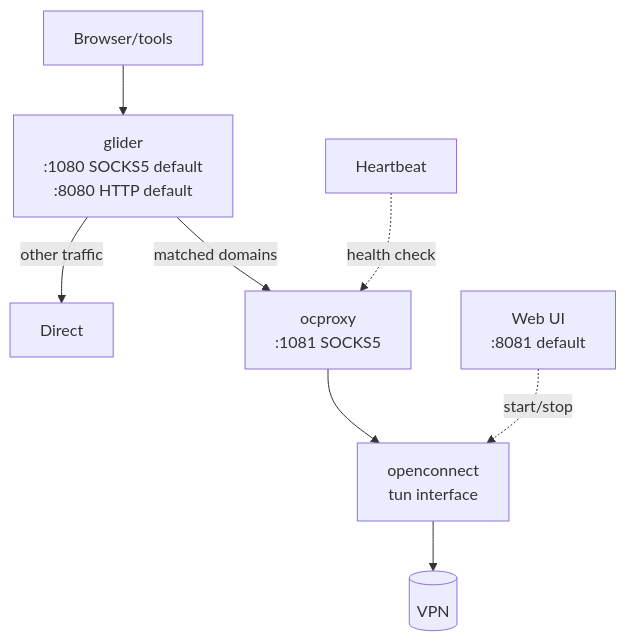
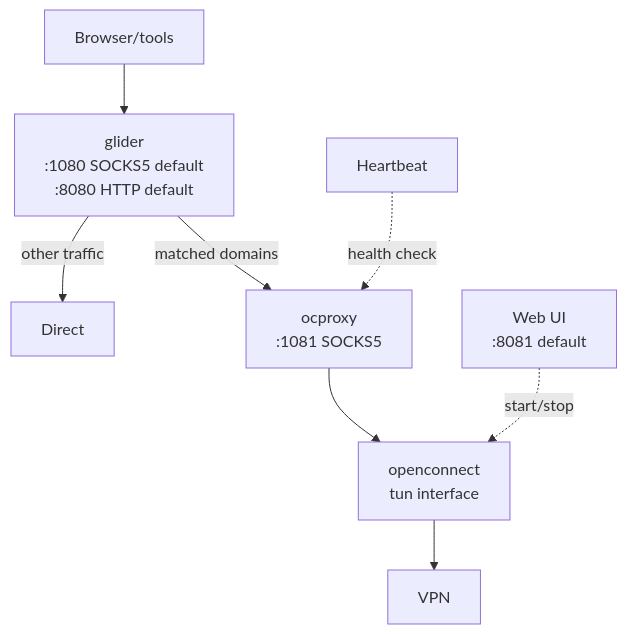
The diagram in README.md (fardjad/openconnect-proxy-manager), drawn with Mermaid before and after one commit.

Commit message:
Refine architecture diagram

````diff
--- a/README.md
+++ b/README.md
@@ -25,10 +25,10 @@
 ```mermaid
 flowchart TB
     A[Browser/tools] --> B["glider<br/>:1080 SOCKS5 default<br/>:8080 HTTP default"]
     B -->|matched domains| C[ocproxy<br/>:1081 SOCKS5]
     B -->|other traffic| D[Direct]
     C --> E[openconnect<br/>tun interface]
-    E --> F[(VPN)]
+    E --> F[VPN]
     G[Web UI<br/>:8081 default] -.->|start/stop| E
     H[Heartbeat] -.->|health check| C
 ```
````
